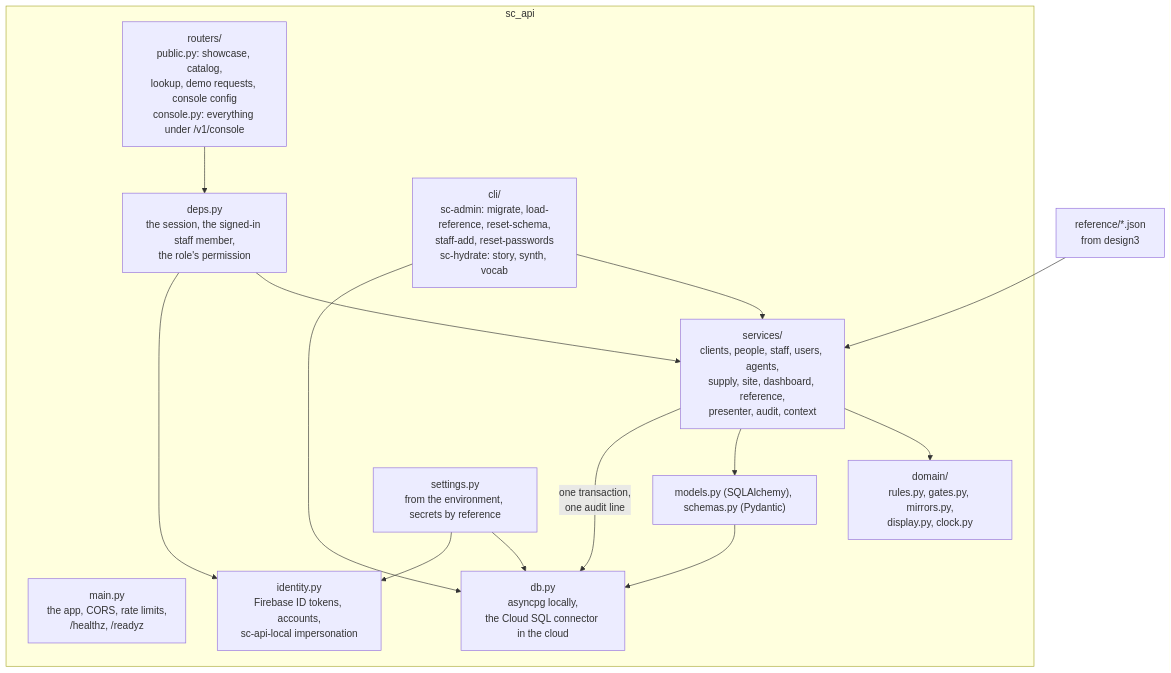
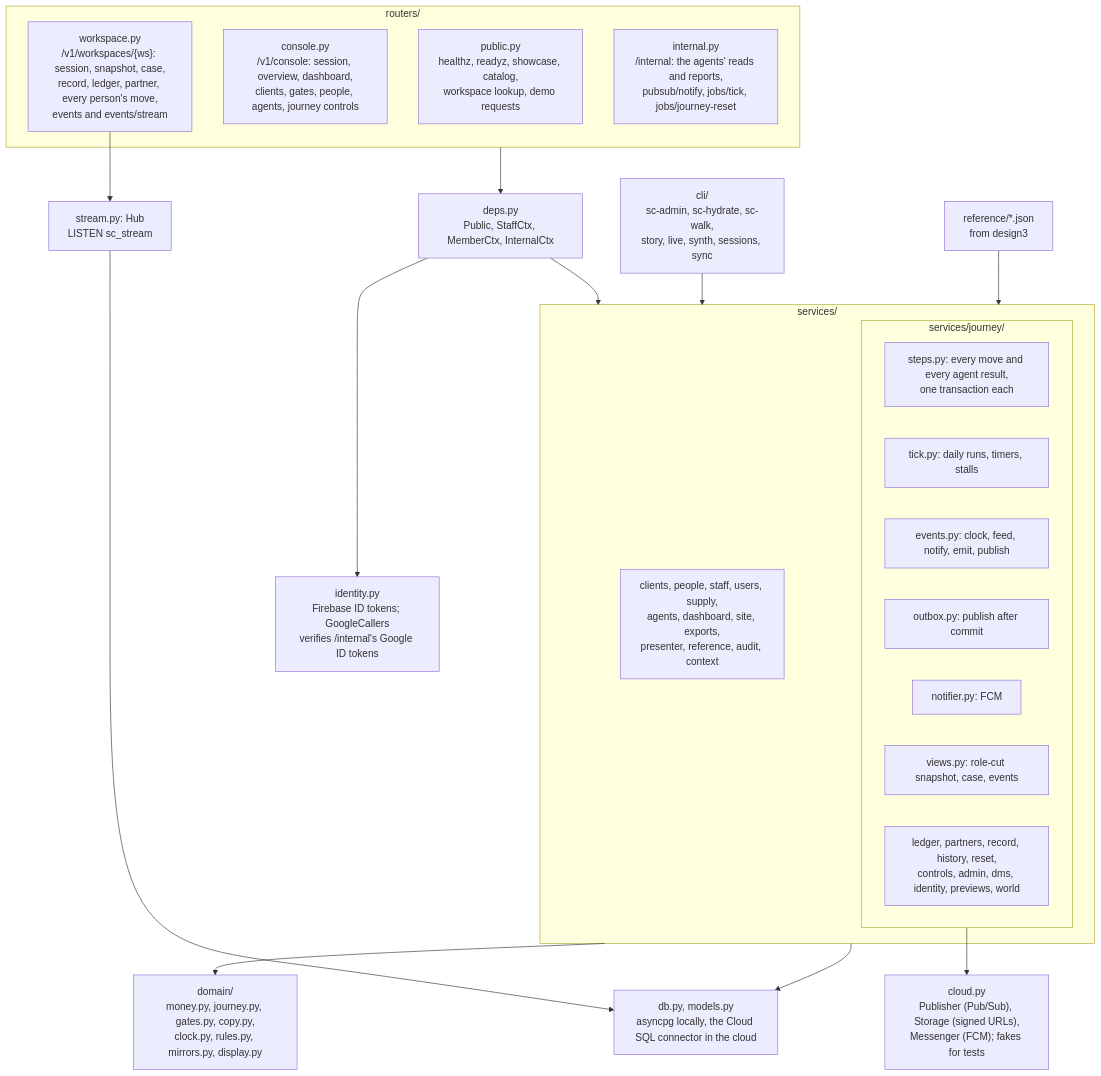
Before and after one commit to aibuilder2026/smart-clearance: the third of 10 diagrams in ARCHITECTURE.md, drawn with Mermaid. The commit also changed other lines of this file and 15 other files, not shown here.

First line of the commit message:
SC-178: ARCHITECTURE.md revised in detail, with the Lucidchart diagrams

````diff
--- a/ARCHITECTURE.md
+++ b/ARCHITECTURE.md
@@ -304,25 +391,38 @@
 ```mermaid
 flowchart TB
-  subgraph app["sc_api"]
-    main["main.py<br/>the app, CORS, rate limits,<br/>/healthz, /readyz"]
-    routers["routers/<br/>public.py: showcase, catalog,<br/>lookup, demo requests, console config<br/>console.py: everything under /v1/console"]
-    deps["deps.py<br/>the session, the signed-in staff member,<br/>the role's permission"]
-    identity["identity.py<br/>Firebase ID tokens, accounts,<br/>sc-api-local impersonation"]
-    services["services/<br/>clients, people, staff, users, agents,<br/>supply, site, dashboard, reference,<br/>presenter, audit, context"]
-    domain["domain/<br/>rules.py, gates.py, mirrors.py,<br/>display.py, clock.py"]
-    models["models.py (SQLAlchemy), schemas.py (Pydantic)"]
-    db["db.py<br/>asyncpg locally,<br/>the Cloud SQL connector in the cloud"]
-    settings["settings.py<br/>from the environment, secrets by reference"]
-    cli["cli/<br/>sc-admin: migrate, load-reference, reset-schema,<br/>staff-add, reset-passwords<br/>sc-hydrate: story, synth, vocab"]
+  subgraph routers["routers/"]
+    pub["public.py<br/>healthz, readyz, showcase, catalog,<br/>workspace lookup, demo requests"]
+    con["console.py<br/>/v1/console: session, overview, dashboard,<br/>clients, gates, people, agents, journey controls"]
+    ws["workspace.py<br/>/v1/workspaces/{ws}: session, snapshot, case,<br/>record, ledger, partner, every person's move,<br/>events and events/stream"]
+    int["internal.py<br/>/internal: the agents' reads and reports,<br/>pubsub/notify, jobs/tick, jobs/journey-reset"]
   end
+  deps["deps.py<br/>Public, StaffCtx, MemberCtx, InternalCtx"]
+  identity["identity.py<br/>Firebase ID tokens; GoogleCallers<br/>verifies /internal's Google ID tokens"]
+  subgraph services["services/"]
+    plat["clients, people, staff, users, supply,<br/>agents, dashboard, site, exports,<br/>presenter, reference, audit, context"]
+    subgraph journey["services/journey/"]
+      steps["steps.py: every move and every agent result,<br/>one transaction each"]
+      tick["tick.py: daily runs, timers, stalls"]
+      ev["events.py: clock, feed, notify, emit, publish"]
+      outbox["outbox.py: publish after commit"]
+      notifier["notifier.py: FCM"]
+      views["views.py: role-cut snapshot, case, events"]
+      more["ledger, partners, record, history, reset,<br/>controls, admin, dms, identity, previews, world"]
+    end
+  end
+  domain["domain/<br/>money.py, journey.py, gates.py, copy.py,<br/>clock.py, rules.py, mirrors.py, display.py"]
+  cloud["cloud.py<br/>Publisher (Pub/Sub), Storage (signed URLs),<br/>Messenger (FCM); fakes for tests"]
+  stream["stream.py: Hub<br/>LISTEN sc_stream"]
+  db["db.py, models.py<br/>asyncpg locally, the Cloud SQL connector in the cloud"]
+  cli["cli/<br/>sc-admin, sc-hydrate, sc-walk,<br/>story, live, synth, sessions, sync"]
+  ref["reference/*.json<br/>from design3"]
+
   routers --> deps --> services
   deps --> identity
   services --> domain
-  services --> models --> db
-  services -- "one transaction,<br/>one audit line" --> db
+  services --> db
+  journey --> cloud
+  ws --> stream --> db
   cli --> services
-  cli --> db
-  settings --> db
-  settings --> identity
-  ref["reference/*.json<br/>from design3"] --> services
+  ref --> services
 ```
````
